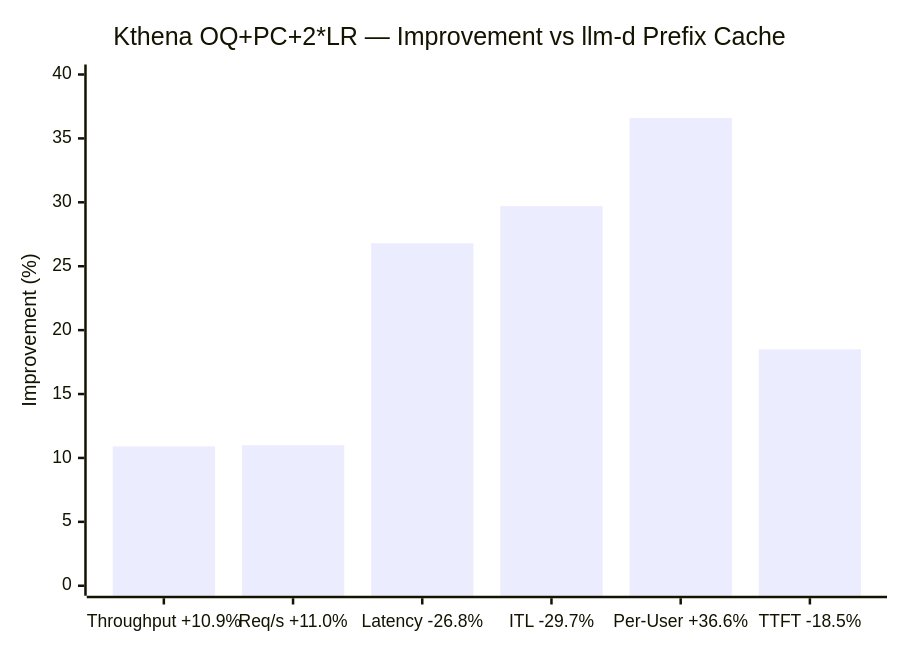
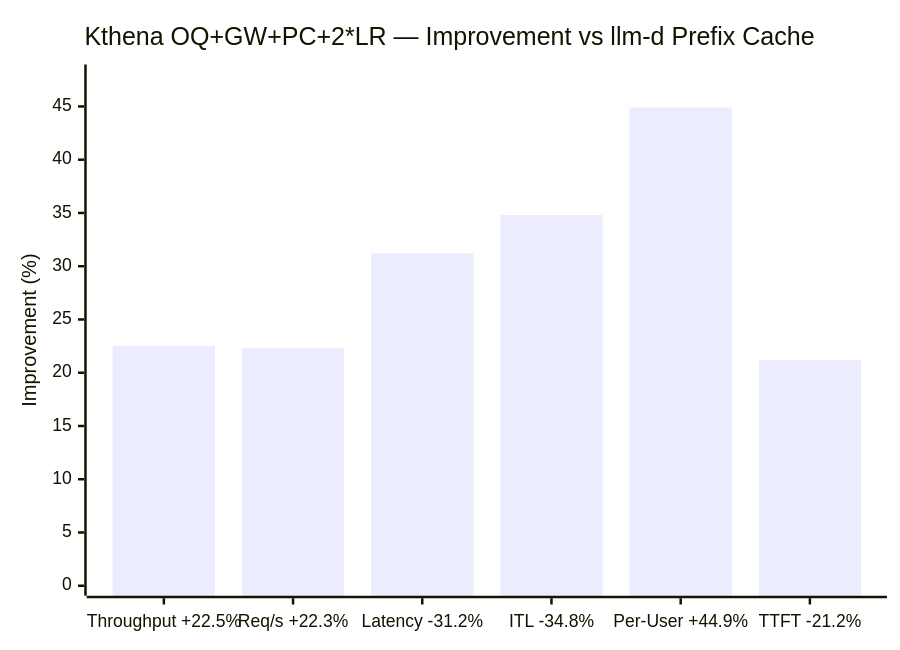
The seventh of 9 diagrams in benchmark-report-concurrency-40.md (YaoZengzeng/kthena), drawn with Mermaid before and after one commit. The commit also changed other lines of this file and 1 other file, not shown here.

````diff
--- a/benchmark-report-concurrency-40.md
+++ b/benchmark-report-concurrency-40.md
@@ -132,7 +136,7 @@
 ```mermaid
 xychart-beta
-    title "Kthena OQ+PC+2*LR — Improvement vs llm-d Prefix Cache"
-    x-axis ["Throughput +10.9%", "Req/s +11.0%", "Latency -26.8%", "ITL -29.7%", "Per-User +36.6%", "TTFT -18.5%"]
-    y-axis "Improvement (%)" 0 --> 40
-    bar [10.9, 11.0, 26.8, 29.7, 36.6, 18.5]
+    title "Kthena OQ+GW+PC+2*LR — Improvement vs llm-d Prefix Cache"
+    x-axis ["Throughput +22.5%", "Req/s +22.3%", "Latency -31.2%", "ITL -34.8%", "Per-User +44.9%", "TTFT -21.2%"]
+    y-axis "Improvement (%)" 0 --> 48
+    bar [22.5, 22.3, 31.2, 34.8, 44.9, 21.2]
 ```
````
